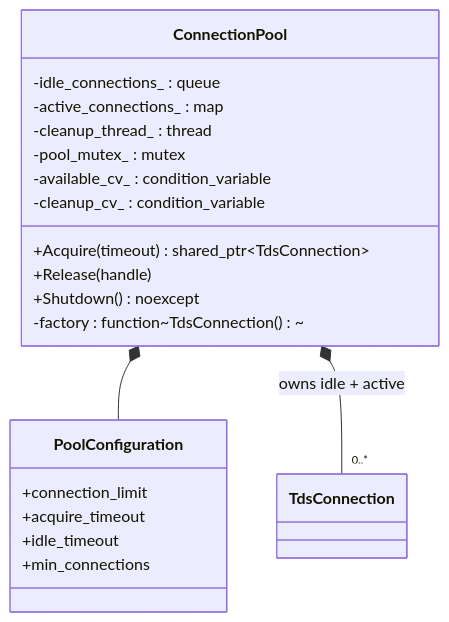
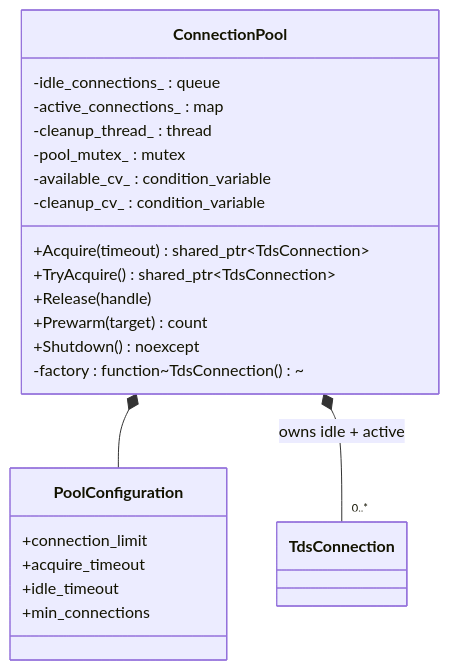
The fourth of 15 diagrams in DATAMODEL.md (hugr-lab/mssql-extension), drawn with Mermaid before and after one commit. The commit also changed other lines of this file and 24 other files, not shown here.

First line of the commit message:
feat(#383, #324): warm the shared cache after a transaction; open the pool in parallel, adopt the validation connection, preload at ATTACH (#386)

````diff
--- a/DATAMODEL.md
+++ b/DATAMODEL.md
@@ -165,23 +165,25 @@
 ```mermaid
 classDiagram
     class ConnectionPool {
         +Acquire(timeout) shared_ptr~TdsConnection~
+        +TryAcquire() shared_ptr~TdsConnection~
         +Release(handle)
+        +Prewarm(target) count
         +Shutdown() noexcept
         -factory : function~TdsConnection()~
         -idle_connections_ : queue
         -active_connections_ : map
         -cleanup_thread_ : thread
         -pool_mutex_ : mutex
         -available_cv_ : condition_variable
         -cleanup_cv_ : condition_variable
     }
     class PoolConfiguration {
         +connection_limit
         +acquire_timeout
         +idle_timeout
         +min_connections
     }
     ConnectionPool *-- PoolConfiguration
     ConnectionPool *-- "0..*" TdsConnection : owns idle + active
 ```
````
